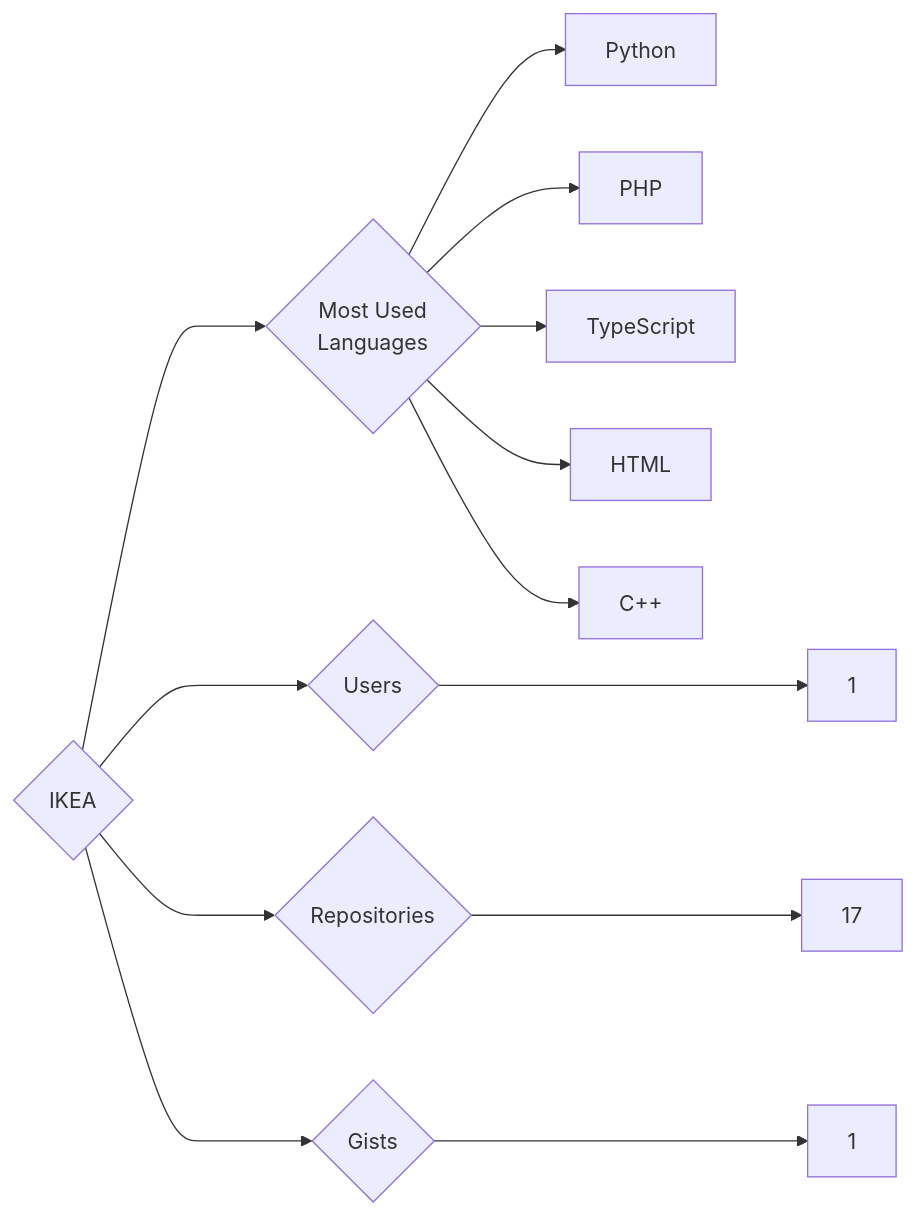
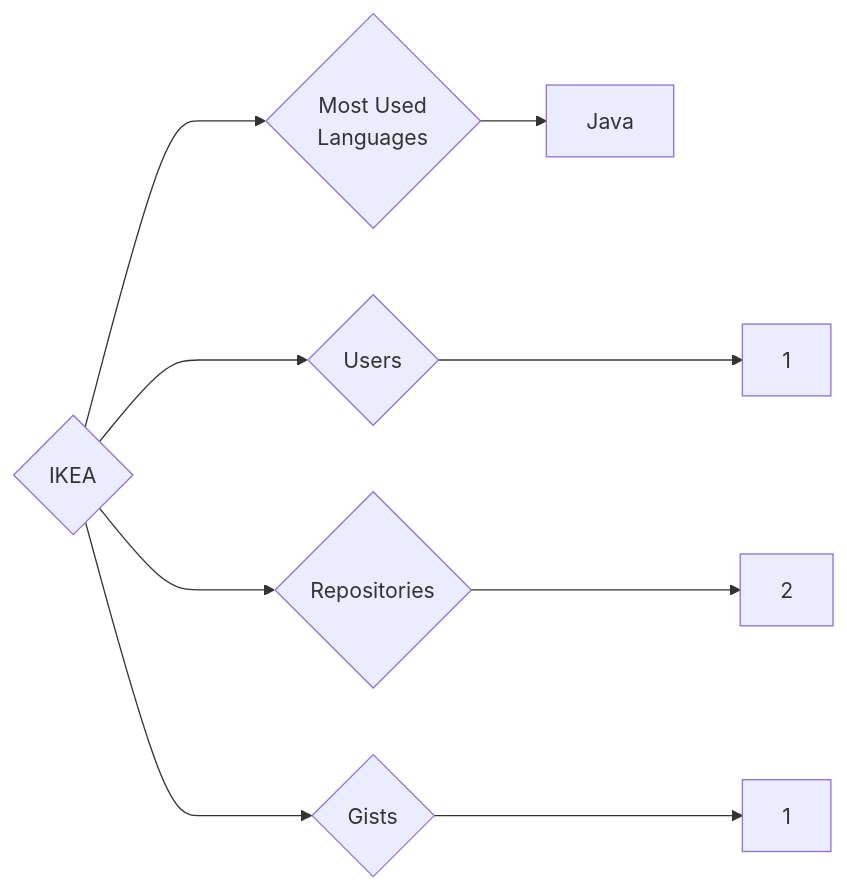
The diagram in targets/IKEA/README.md (trickest/insiders), drawn with Mermaid before and after one commit. The commit also changed 857 other files, not shown here.

````diff
--- a/targets/IKEA/README.md
+++ b/targets/IKEA/README.md
@@ -3,13 +3,9 @@
 ```mermaid
 graph LR
 COMPANY_NAME{IKEA}
 COMPANY_NAME ---> U{Users} ---> UN[1]
-COMPANY_NAME ---> R{Repositories} ---> RN[17]
+COMPANY_NAME ---> R{Repositories} ---> RN[2]
 COMPANY_NAME ---> G{Gists} ---> GN[1]
 COMPANY_NAME ---> ML{Most Used<br>Languages}
-ML --> Python[Python]
-ML --> PHP[PHP]
-ML --> TypeScript[TypeScript]
-ML --> HTML[HTML]
-ML --> C++[C++]
+ML --> Java[Java]
 ```
````
